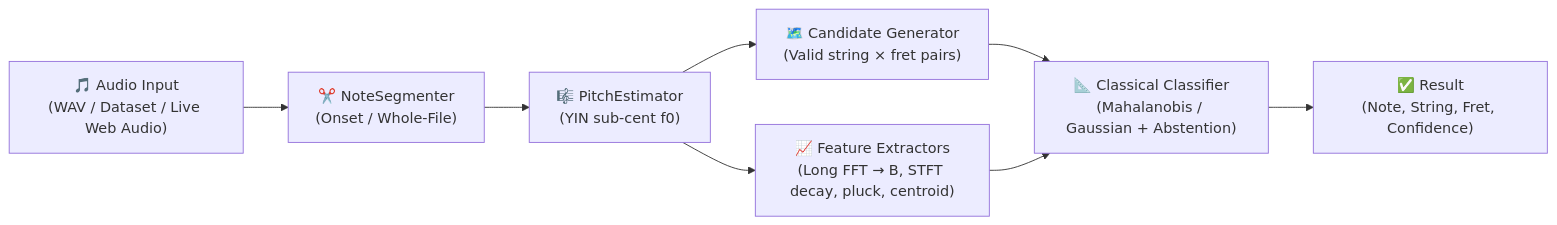
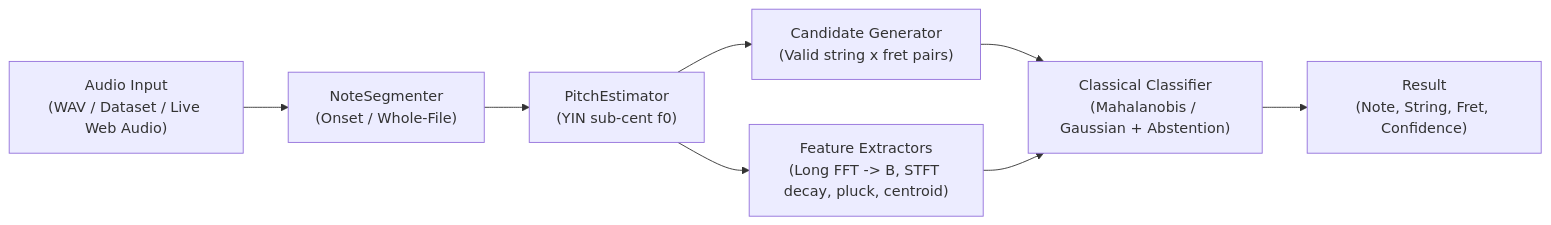
Before and after one commit to lucasrech/NotesId: the first of 3 diagrams in README.md, drawn with Mermaid. The commit also changed other lines of this file and 2 other files, not shown here.

Commit message:
docs: restructure bilingual READMEs with native Ubuntu/Windows install, live guide and calibration chapter

````diff
--- a/README.md
+++ b/README.md
@@ -58,10 +69,10 @@
 ```mermaid
 flowchart LR
-    A["🎵 Audio Input<br/>(WAV / Dataset / Live Web Audio)"] --> B["✂️ NoteSegmenter<br/>(Onset / Whole-File)"]
-    B --> C["🎼 PitchEstimator<br/>(YIN sub-cent f0)"]
-    C --> D["🗺️ Candidate Generator<br/>(Valid string × fret pairs)"]
-    C --> E["📈 Feature Extractors<br/>(Long FFT → B, STFT decay, pluck, centroid)"]
-    D --> F["📐 Classical Classifier<br/>(Mahalanobis / Gaussian + Abstention)"]
+    A["Audio Input<br/>(WAV / Dataset / Live Web Audio)"] --> B["NoteSegmenter<br/>(Onset / Whole-File)"]
+    B --> C["PitchEstimator<br/>(YIN sub-cent f0)"]
+    C --> D["Candidate Generator<br/>(Valid string x fret pairs)"]
+    C --> E["Feature Extractors<br/>(Long FFT -> B, STFT decay, pluck, centroid)"]
+    D --> F["Classical Classifier<br/>(Mahalanobis / Gaussian + Abstention)"]
     E --> F
-    F --> G["✅ Result<br/>(Note, String, Fret, Confidence)"]
+    F --> G["Result<br/>(Note, String, Fret, Confidence)"]
 ```
````
